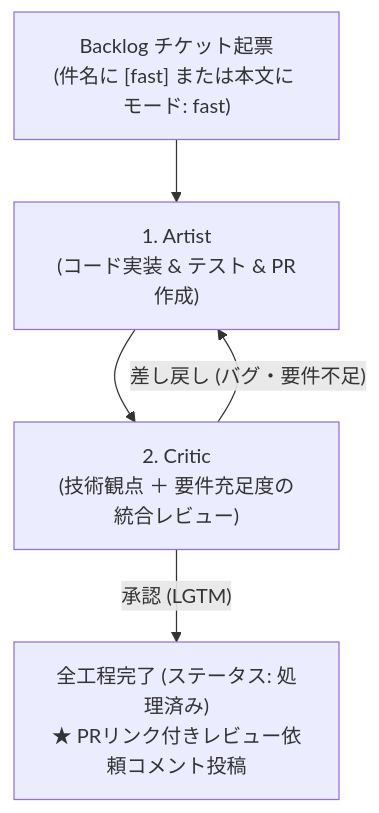
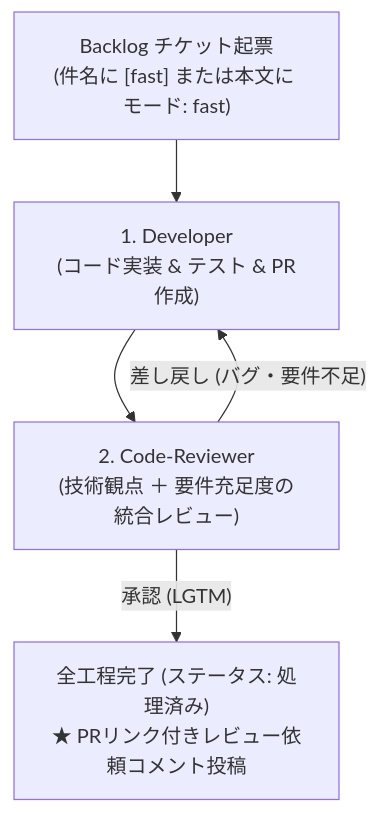
The fourth of 5 diagrams in docs/architecture.md (oharato/aidevflow), drawn with Mermaid before and after one commit. The commit also changed other lines of this file and 15 other files, not shown here.

Commit message:
refactor: rename agent roles to architect, tech-lead, developer, code-reviewer, qa

````diff
--- a/docs/architecture.md
+++ b/docs/architecture.md
@@ -295,7 +295,7 @@
 ```mermaid
 flowchart TD
-    Issue["Backlog チケット起票\n(件名に [fast] または本文に モード: fast)"] --> Artist["1. Artist\n(コード実装 & テスト & PR作成)"]
-    Artist --> Critic["2. Critic\n(技術観点 ＋ 要件充足度の統合レビュー)"]
-    Critic -->|"差し戻し (バグ・要件不足)"| Artist
-    Critic -->|"承認 (LGTM)"| Done["全工程完了 (ステータス: 処理済み)\n★ PRリンク付きレビュー依頼コメント投稿"]
+    Issue["Backlog チケット起票\n(件名に [fast] または本文に モード: fast)"] --> Developer["1. Developer\n(コード実装 & テスト & PR作成)"]
+    Developer --> CodeReviewer["2. Code-Reviewer\n(技術観点 ＋ 要件充足度の統合レビュー)"]
+    CodeReviewer -->|"差し戻し (バグ・要件不足)"| Developer
+    CodeReviewer -->|"承認 (LGTM)"| Done["全工程完了 (ステータス: 処理済み)\n★ PRリンク付きレビュー依頼コメント投稿"]
 ```
````
